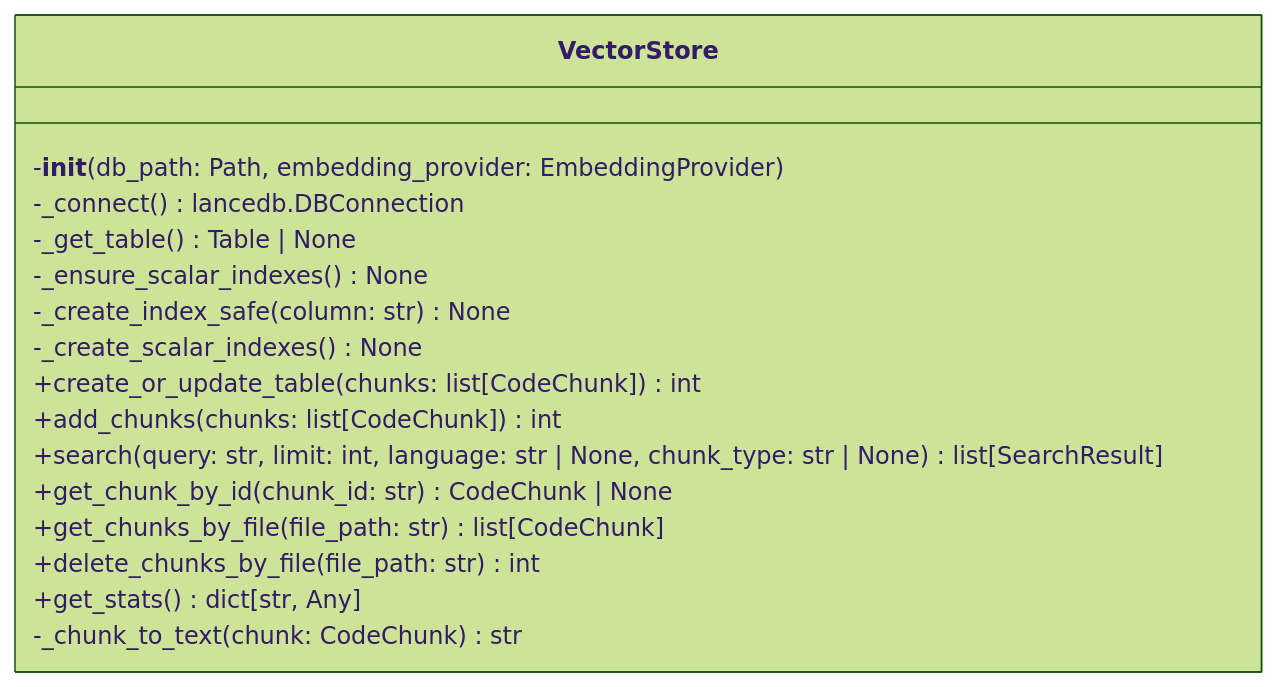
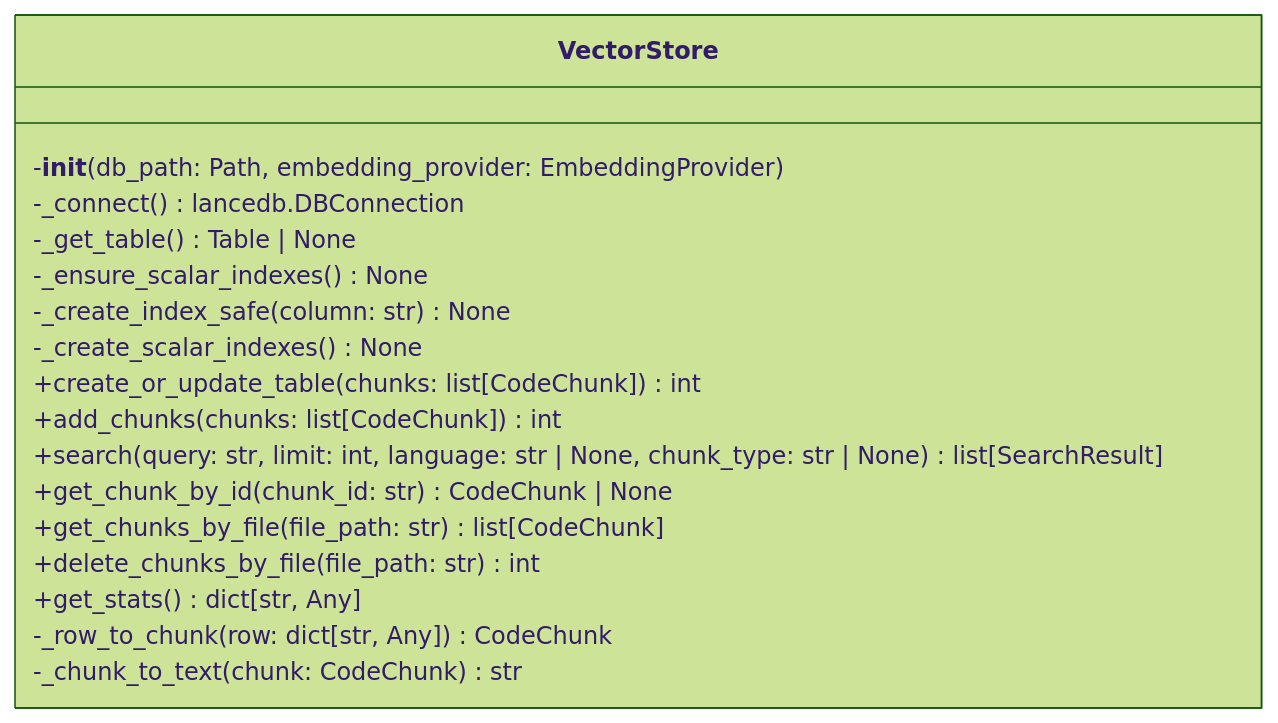
One commit to UrbanDiver/local-deepwiki-mcp changed the first of 2 diagrams in .deepwiki/files/src/local_deepwiki/core/vectorstore.md. Above: the diagram before and after it, drawn with Mermaid (forest theme). The commit also changed other lines of this file and 77 other files, not shown here.

````diff
--- a/.deepwiki/files/src/local_deepwiki/core/vectorstore.md
+++ b/.deepwiki/files/src/local_deepwiki/core/vectorstore.md
@@ -167,19 +154,20 @@
 ```mermaid
 classDiagram
     class VectorStore {
         -__init__(db_path: Path, embedding_provider: EmbeddingProvider)
         -_connect() lancedb.DBConnection
         -_get_table() Table | None
         -_ensure_scalar_indexes() None
         -_create_index_safe(column: str) None
         -_create_scalar_indexes() None
         +create_or_update_table(chunks: list[CodeChunk]) int
         +add_chunks(chunks: list[CodeChunk]) int
         +search(query: str, limit: int, language: str | None, chunk_type: str | None) list[SearchResult]
         +get_chunk_by_id(chunk_id: str) CodeChunk | None
         +get_chunks_by_file(file_path: str) list[CodeChunk]
         +delete_chunks_by_file(file_path: str) int
         +get_stats() dict[str, Any]
+        -_row_to_chunk(row: dict[str, Any]) CodeChunk
         -_chunk_to_text(chunk: CodeChunk) str
     }
 ```
````
